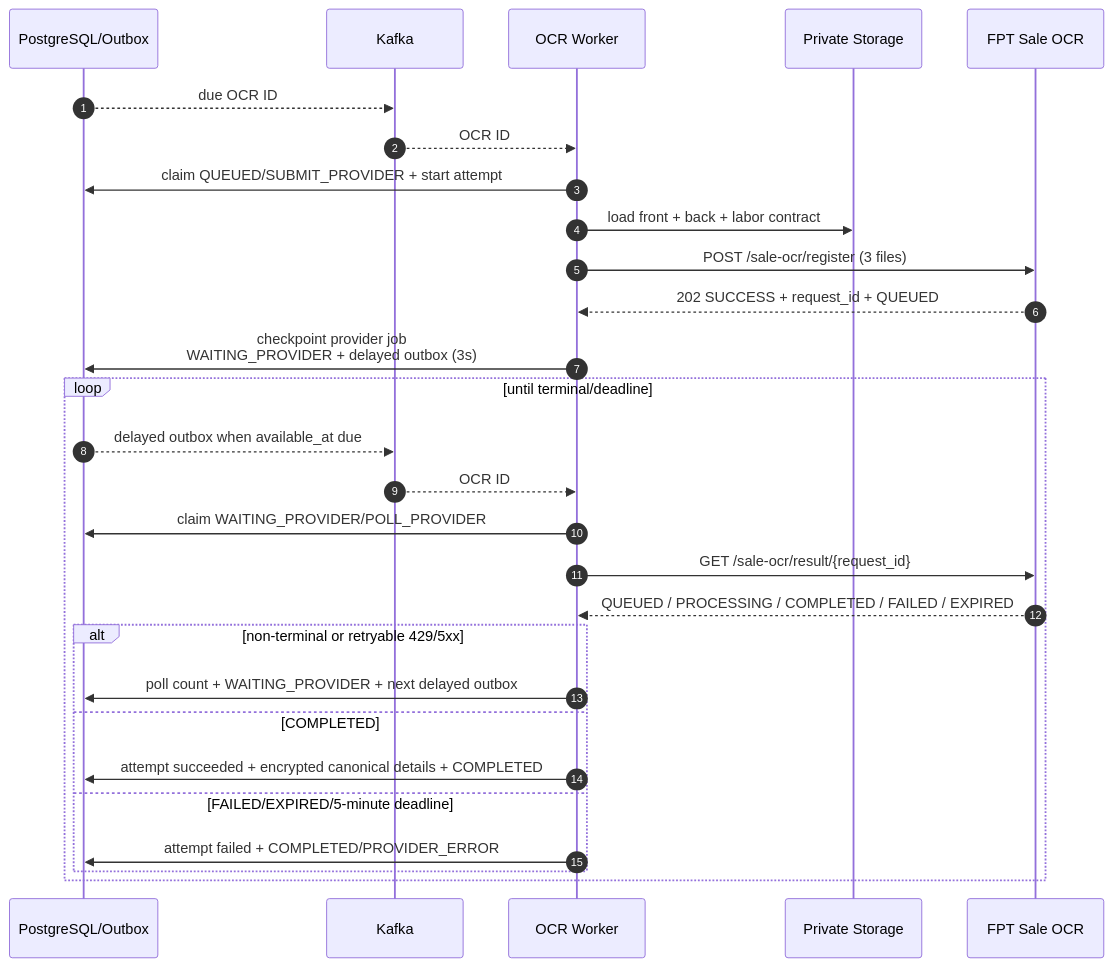
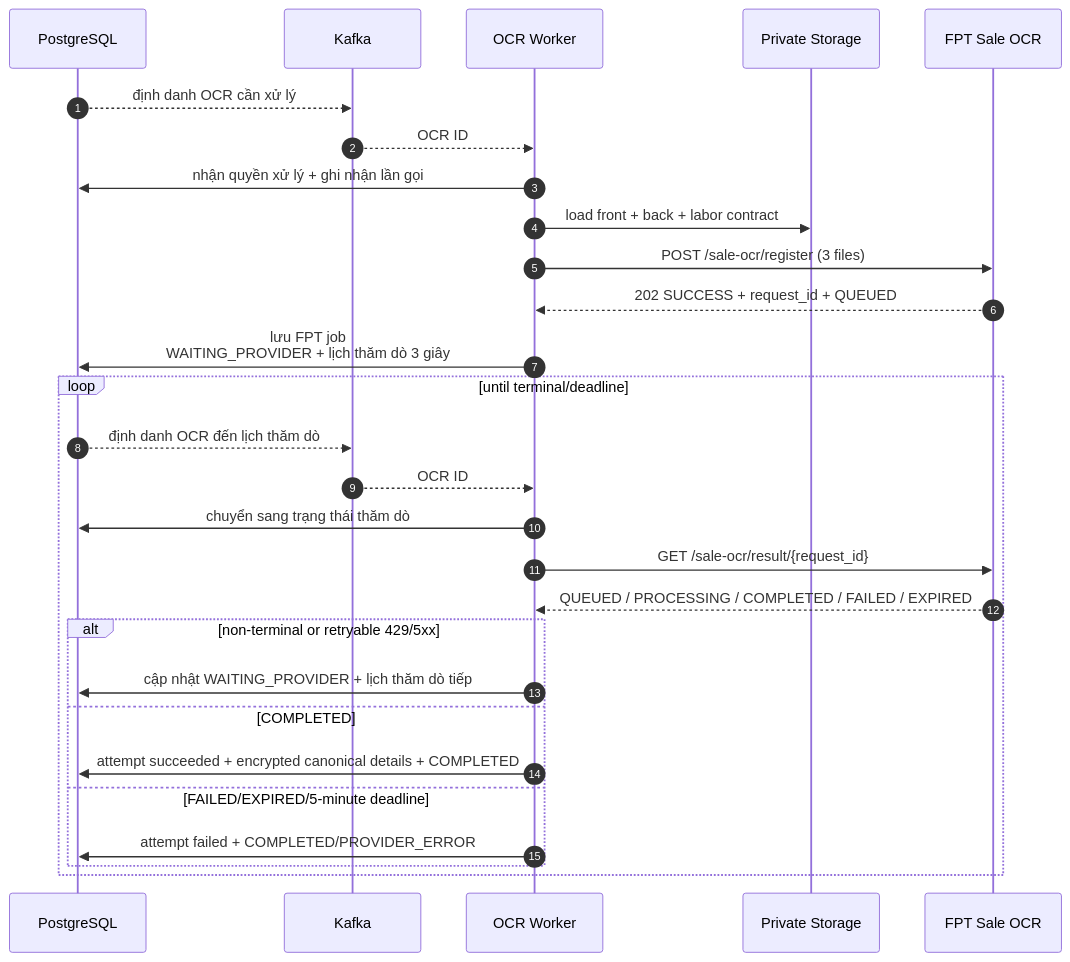
One commit to huynv-xyz/vhm changed the tenth of 12 diagrams in tdd-ocr-ekyc.md. Above: the diagram before and after it, drawn with Mermaid. The commit also changed other lines of this file, not shown here.

````diff
--- a/tdd-ocr-ekyc.md
+++ b/tdd-ocr-ekyc.md
@@ -979,32 +909,32 @@
 ```mermaid
 sequenceDiagram
     autonumber
-    participant D as PostgreSQL/Outbox
+    participant D as PostgreSQL
     participant K as Kafka
     participant W as OCR Worker
     participant S as Private Storage
     participant F as FPT Sale OCR
 
-    D-->>K: due OCR ID
+    D-->>K: định danh OCR cần xử lý
     K-->>W: OCR ID
-    W->>D: claim QUEUED/SUBMIT_PROVIDER + start attempt
+    W->>D: nhận quyền xử lý + ghi nhận lần gọi
     W->>S: load front + back + labor contract
     W->>F: POST /sale-ocr/register (3 files)
     F-->>W: 202 SUCCESS + request_id + QUEUED
-    W->>D: checkpoint provider job<br/>WAITING_PROVIDER + delayed outbox (3s)
+    W->>D: lưu FPT job<br/>WAITING_PROVIDER + lịch thăm dò 3 giây
 
     loop until terminal/deadline
-        D-->>K: delayed outbox when available_at due
+        D-->>K: định danh OCR đến lịch thăm dò
         K-->>W: OCR ID
-        W->>D: claim WAITING_PROVIDER/POLL_PROVIDER
+        W->>D: chuyển sang trạng thái thăm dò
         W->>F: GET /sale-ocr/result/{request_id}
         F-->>W: QUEUED / PROCESSING / COMPLETED / FAILED / EXPIRED
         alt non-terminal or retryable 429/5xx
-            W->>D: poll count + WAITING_PROVIDER + next delayed outbox
+            W->>D: cập nhật WAITING_PROVIDER + lịch thăm dò tiếp
         else COMPLETED
             W->>D: attempt succeeded + encrypted canonical details + COMPLETED
         else FAILED/EXPIRED/5-minute deadline
             W->>D: attempt failed + COMPLETED/PROVIDER_ERROR
         end
     end
 ```
````
